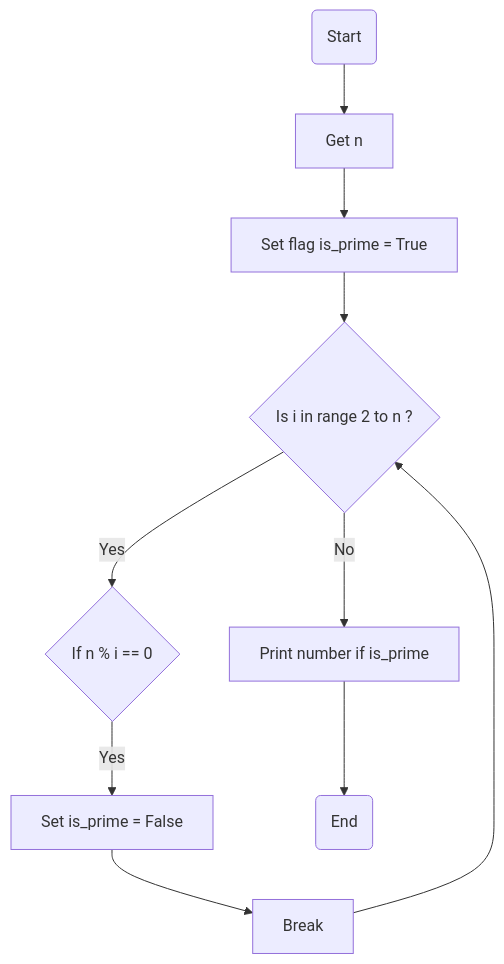
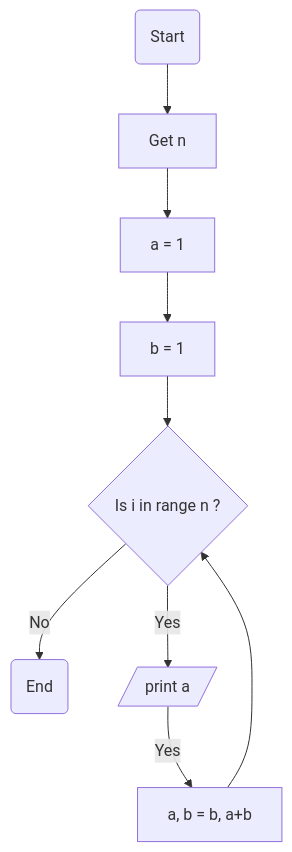
The diagram in exercises/exercise-3-3.md (hayyaun/kids), drawn with Mermaid before and after one commit. The commit also changed 2 other files, not shown here.

````diff
--- a/exercises/exercise-3-3.md
+++ b/exercises/exercise-3-3.md
@@ -36,12 +36,14 @@
 ```mermaid
 flowchart TD
-    A(Start) --> E[Get n]
-    E --> F[Set flag is_prime = True]
-    F --> G{Is i in range 2 to n ?}
-    G -- No --> I[Print number if is_prime]
-    G -- Yes --> H{If n % i == 0}
-    H -- Yes --> J[Set is_prime = False]
-    J --> B[Break]
-    B --> G
-    I --> Z(End)
+    A("Start") --> E["Get n"]
+    E --> F["a = 1"]
+    F --> n1["b = 1"]
+    G{"Is i in range n ?"} -- No --> Z("End")
+    G -- Yes --> H["print a"]
+    H -- Yes --> J["a, b = b, a+b"]
+    n1 --> G
+    J --> G
+
+    n1@{ shape: rect}
+    H@{ shape: in-out}
 ```
````
